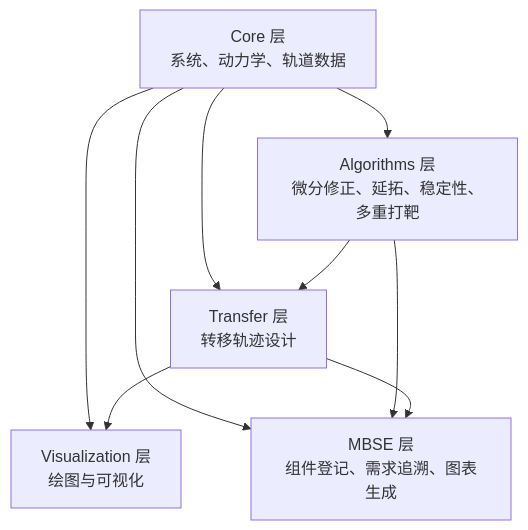
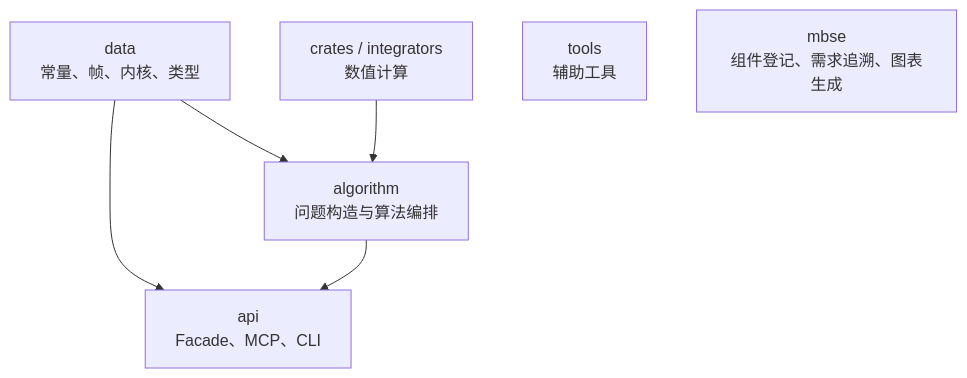
Before and after one commit to cislunarspace/e2m2e: the diagram in docs/reference/mbse/system-overview.md, drawn with Mermaid. The commit also changed other lines of this file and 27 other files, not shown here.

````diff
--- a/docs/reference/mbse/system-overview.md
+++ b/docs/reference/mbse/system-overview.md
@@ -26,16 +24,13 @@
 ```mermaid
 graph TD
-    Core["Core 层<br/>系统、动力学、轨道数据"]
-    Algorithms["Algorithms 层<br/>微分修正、延拓、稳定性、多重打靶"]
-    Transfer["Transfer 层<br/>转移轨迹设计"]
-    Visualization["Visualization 层<br/>绘图与可视化"]
-    MBSE["MBSE 层<br/>组件登记、需求追溯、图表生成"]
-    Core --> Algorithms
-    Core --> Transfer
-    Algorithms --> Transfer
-    Core --> Visualization
-    Transfer --> Visualization
-    Core --> MBSE
-    Algorithms --> MBSE
-    Transfer --> MBSE
+    Data["data<br/>常量、帧、内核、类型"]
+    Numerical["crates / integrators<br/>数值计算"]
+    Algorithm["algorithm<br/>问题构造与算法编排"]
+    Api["api<br/>Facade、MCP、CLI"]
+    Tools["tools<br/>辅助工具"]
+    Mbse["mbse<br/>组件登记、需求追溯、图表生成"]
+    Data --> Algorithm
+    Numerical --> Algorithm
+    Data --> Api
+    Algorithm --> Api
 ```
````
